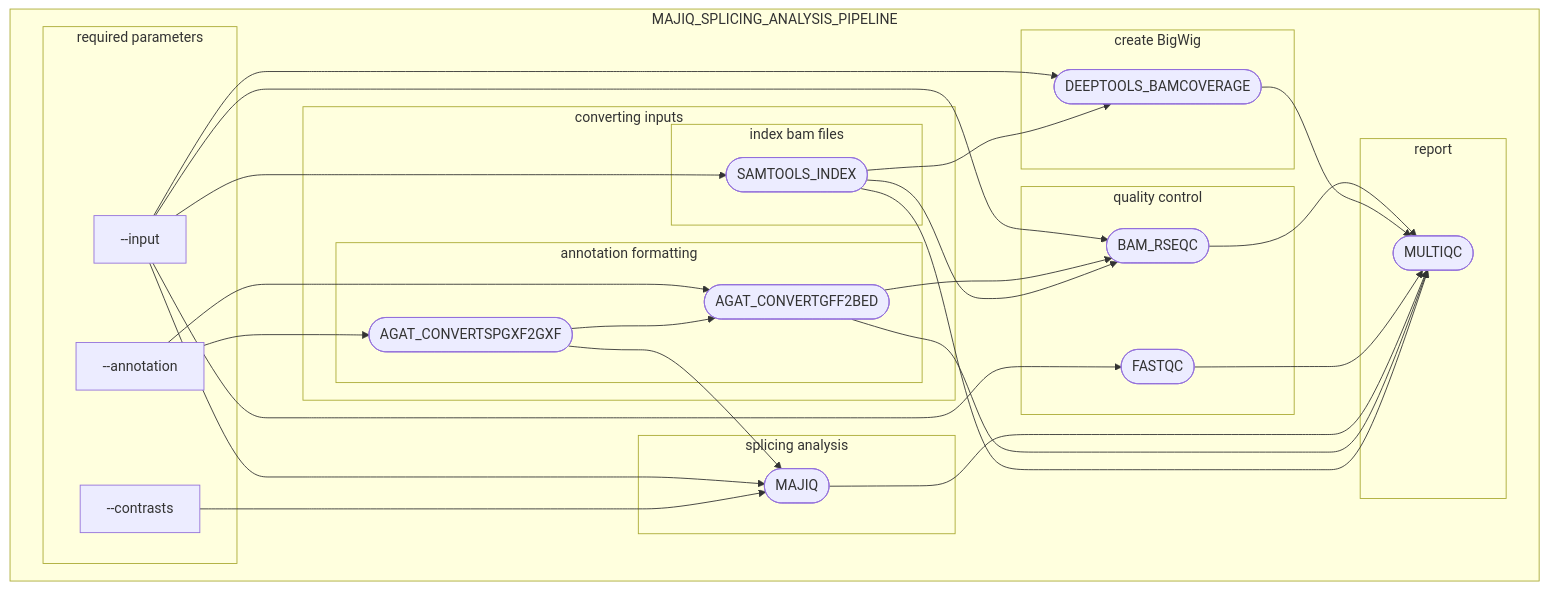
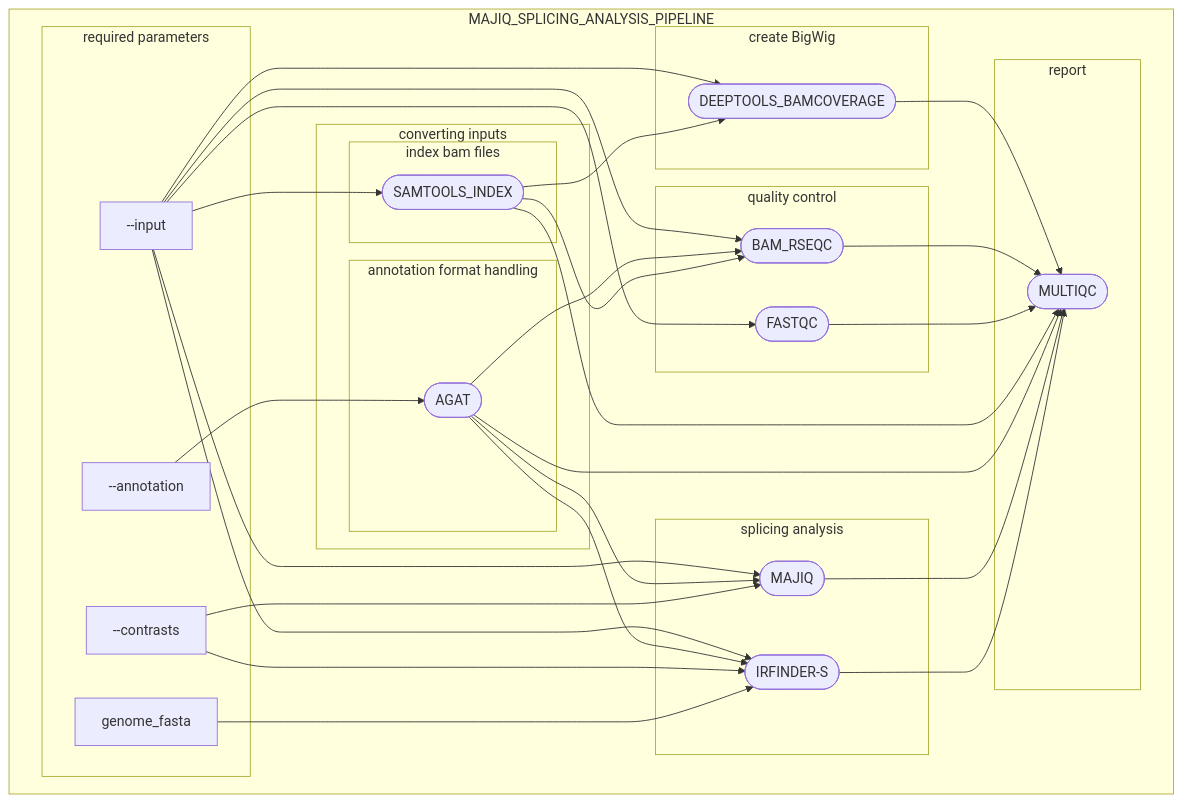
The diagram in README.md (ZarnackGroup/majiq_splicing_analysis_pipeline), drawn with Mermaid before and after one commit. The commit also changed other lines of this file and 46 other files, not shown here.

````diff
--- a/README.md
+++ b/README.md
@@ -17,53 +17,58 @@
 ```mermaid
 flowchart TB
   subgraph MAJIQ_SPLICING_ANALYSIS_PIPELINE
     subgraph required parameters
       v0["--input"]
       v2["--annotation"]
       v1["--contrasts"]
+      v3["genome_fasta"]
+
     end
 
     subgraph s20["converting inputs"]
           subgraph s100["index bam files"]
                v15([SAMTOOLS_INDEX])
           end
-          subgraph s2["annotation formatting"]
-               v9([AGAT_CONVERTSPGXF2GXF])
-               v12([AGAT_CONVERTGFF2BED])
+          subgraph s2["annotation format handling"]
+               v9([AGAT])
           end
      end
     subgraph s3["splicing analysis"]
       v25([MAJIQ])
+      v26([IRFINDER-S])
     end
     subgraph s4["create BigWig"]
       v19([DEEPTOOLS_BAMCOVERAGE])
     end
     subgraph s7["quality control"]
       v32([BAM_RSEQC])
       v22([FASTQC])
     end
     subgraph report
       v63([MULTIQC])
     end
+    v2 --> v9
+    v0 --> v19
     v0 --> v15
-    v0 --> v19
-    v15 --> v19
     v0 --> v22
     v0 --> v25
+    v0 --> v26
+    v0 --> v32
+    v9 --> v25
+    v9 --> v26
+    v9 --> v32
+    v1 --> v26
     v1 --> v25
-    v0 --> v32
-    v2 --> v9
-    v2 --> v12
-    v9 --> v12
-    v9 --> v25
-    v12 --> v32
+    v3 --> v26
+    v15 --> v19
     v15 --> v32
+    v19 --> v63
     v32 --> v63
-    v19 --> v63
     v22 --> v63
+    v15 --> v63
+    v9 --> v63
     v25 --> v63
-    v12 --> v63
-    v15 --> v63
+    v26 --> v63
   end
 
 ```
````
